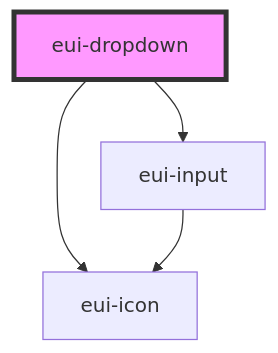
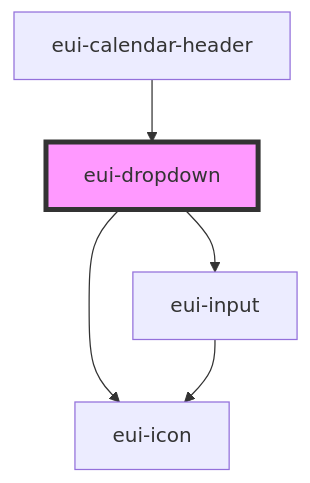
Before and after one commit to pnd-amirhosein/U_and_I: the diagram in ensemble-ui/src/components/dropdown/readme.md, drawn with Mermaid. The commit also changed other lines of this file and 19 other files, not shown here.

Commit message:
calendar header + navigator halfway!

````diff
--- a/ensemble-ui/src/components/dropdown/readme.md
+++ b/ensemble-ui/src/components/dropdown/readme.md
@@ -34,7 +40,8 @@
 ```mermaid
 graph TD;
   eui-dropdown --> eui-icon
   eui-dropdown --> eui-input
   eui-input --> eui-icon
+  eui-calendar-header --> eui-dropdown
   style eui-dropdown fill:#f9f,stroke:#333,stroke-width:4px
 ```
````
